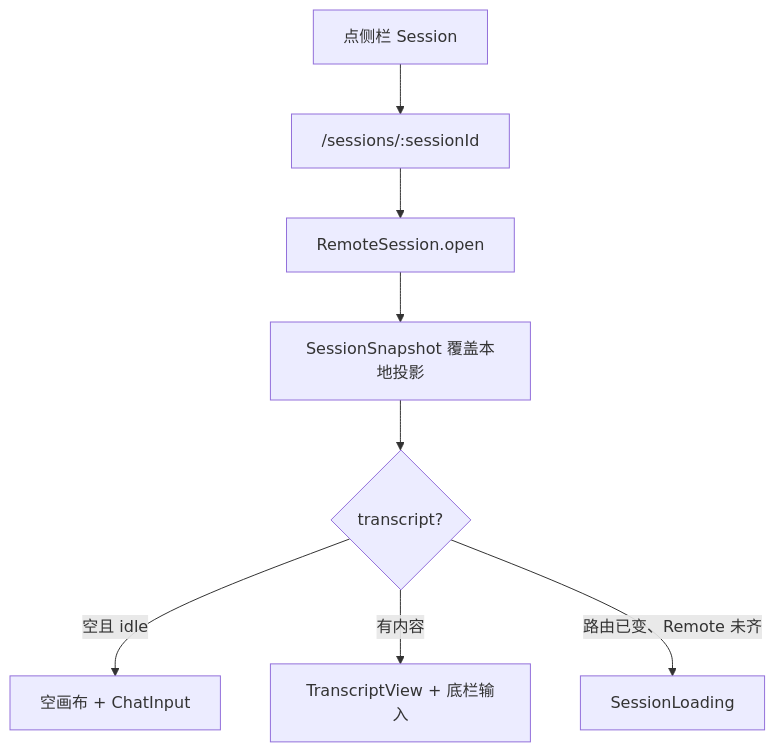
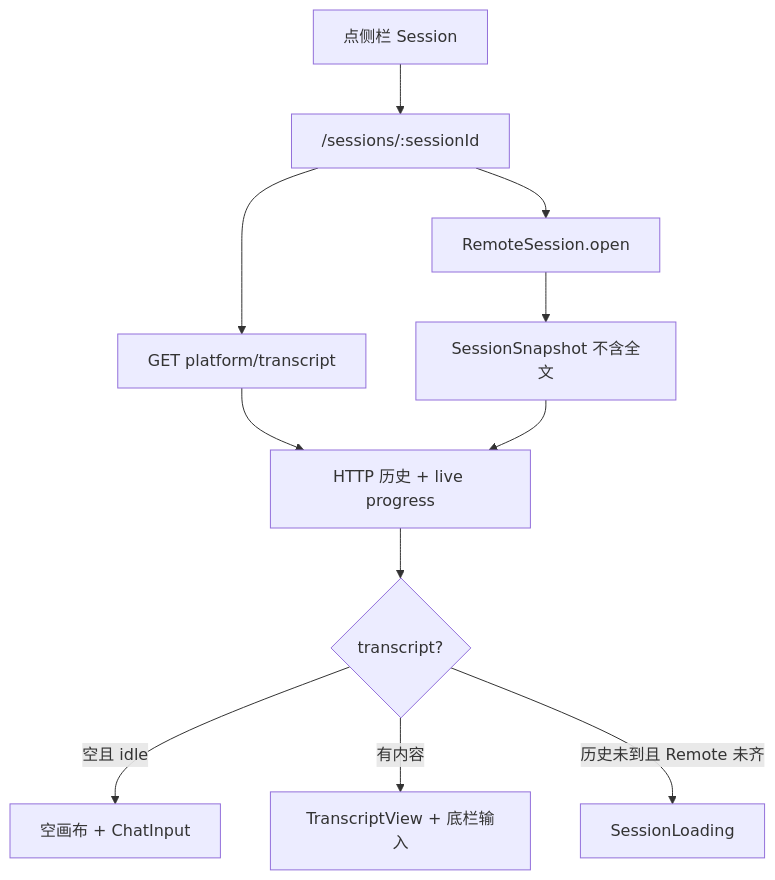
One commit to minuque/pig changed the fifth of 8 diagrams in JOURNEYS.md. Above: the diagram before and after it, drawn with Mermaid. The commit also changed other lines of this file and 12 other files, not shown here.

Commit message:
perf: 打开会话历史走 HTTP，snapshot 不再带全文

````diff
--- a/JOURNEYS.md
+++ b/JOURNEYS.md
@@ -79,10 +79,13 @@
 ```mermaid
 flowchart TB
   Click["点侧栏 Session"] --> Route["/sessions/:sessionId"]
+  Route --> Hist["GET platform/transcript"]
   Route --> Open["RemoteSession.open"]
-  Open --> Snap["SessionSnapshot 覆盖本地投影"]
-  Snap --> View{"transcript?"}
+  Open --> Snap["SessionSnapshot 不含全文"]
+  Hist --> Merge["HTTP 历史 + live progress"]
+  Snap --> Merge
+  Merge --> View{"transcript?"}
   View -->|空且 idle| Empty["空画布 + ChatInput"]
   View -->|有内容| Timeline["TranscriptView + 底栏输入"]
-  View -->|路由已变、Remote 未齐| Loading["SessionLoading"]
+  View -->|历史未到且 Remote 未齐| Loading["SessionLoading"]
 ```
````
